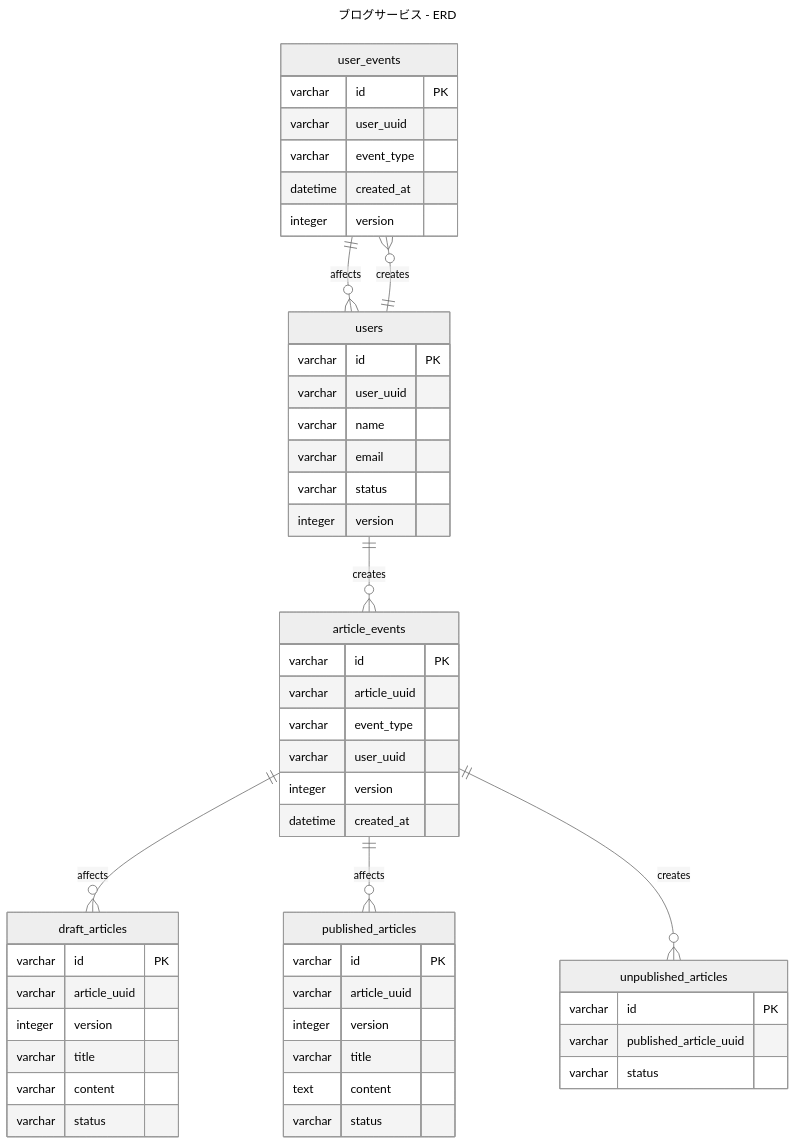
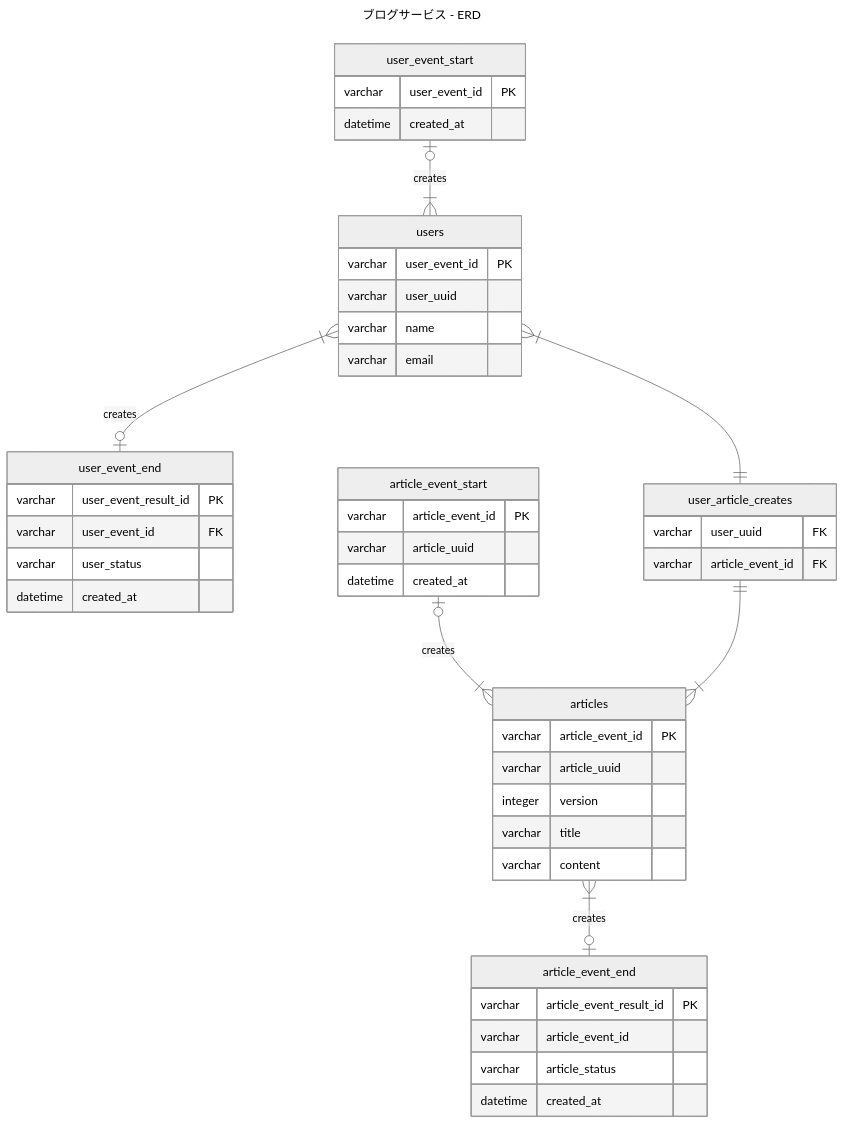
Before and after one commit to ttakuma17/til: the fourth of 4 diagrams in db/modeling/5/er.md, drawn with Mermaid (neutral theme).

Commit message:
今回はv2設計でやってみる

````diff
--- a/db/modeling/5/er.md
+++ b/db/modeling/5/er.md
@@ -100,75 +100,69 @@
 ```mermaid
 ---
 title: ブログサービス - ERD
 ---
 erDiagram
-  %% ユーザーイベント(E)
-  %% event_type: "registered/updated/deactivated/reactivated"
-  user_events {
-    varchar id PK
-    varchar user_uuid
-    varchar event_type
+  %% ユーザー登録開始(E)
+  user_event_start {
+    varchar user_event_id PK
     datetime created_at
-    integer version
   }
 
   %% ユーザー(R)
-  %% status: "active/inactive"
   users {
-      varchar id PK 
+      varchar user_event_id PK
       varchar user_uuid
       varchar name
       varchar email
-      varchar status
-      integer version
   }
 
-  %% 記事イベント(E)
-  %% event_type: "draft_created/draft_deleted/published/unpublished/republished"
-  %% user_uuid: "イベントを発生させたユーザー"
-  article_events {
-      varchar id PK
-      varchar article_uuid
-      varchar event_type
-      varchar user_uuid
-      integer version
-      datetime created_at
+  %% ユーザー登録終了(E)
+  %% user_statusはactive or inactive
+  user_event_end {
+    varchar user_event_result_id PK
+    varchar user_event_id FK
+    varchar user_status
+    datetime created_at
   }
 
-  %% ドラフト記事(R)
-  %% status: "created/deleted"
-  draft_articles {
-      varchar id PK
-      varchar article_uuid
-      integer version
-      varchar title
-      varchar content
-      varchar status 
+  %% 記事登録開始(E)
+  article_event_start {
+    varchar article_event_id PK
+    varchar article_uuid
+    datetime created_at
   }
 
-  %% 公開記事(R)
-  %% status: "created/deleted"
-  published_articles {
-      varchar id PK
-      varchar article_uuid 
-      integer version
-      varchar title
-      text content
-      varchar status
+  %% 記事(R)
+  articles {
+    varchar article_event_id PK
+    varchar article_uuid
+    integer version
+    varchar title
+    varchar content
   }
 
-  %% 非公開記事(R)
-  %% status: "created/deleted"
-  unpublished_articles {
-      varchar id PK
-      varchar published_article_uuid
-      varchar status
+
+  %% 記事登録終了(E)
+  %% user_statusはactive or inactive
+  article_event_end {
+    varchar article_event_result_id PK
+    varchar article_event_id
+    varchar article_status
+    datetime created_at
   }
 
-  users ||--o{ user_events: "creates"
-  user_events ||--o{ users: "affects"
-  users ||--o{ article_events: "creates"
-  article_events ||--o{ draft_articles: "affects"
-  article_events ||--o{ published_articles: "affects"
-  article_events ||--o{ unpublished_articles: "creates" 
+  %% ユーザーブログcreates (R)
+  user_article_creates {
+    varchar user_uuid FK
+    varchar article_event_id FK
+  }
+
+  user_event_start o|--|{ users: "creates"
+  users }|--|o user_event_end: "creates"
+
+  article_event_start o|--|{ articles: "creates"
+  articles }|--|o article_event_end: "creates"
+
+  users}|--||user_article_creates: ""
+  user_article_creates ||--|{ articles: ""
 ```
````
